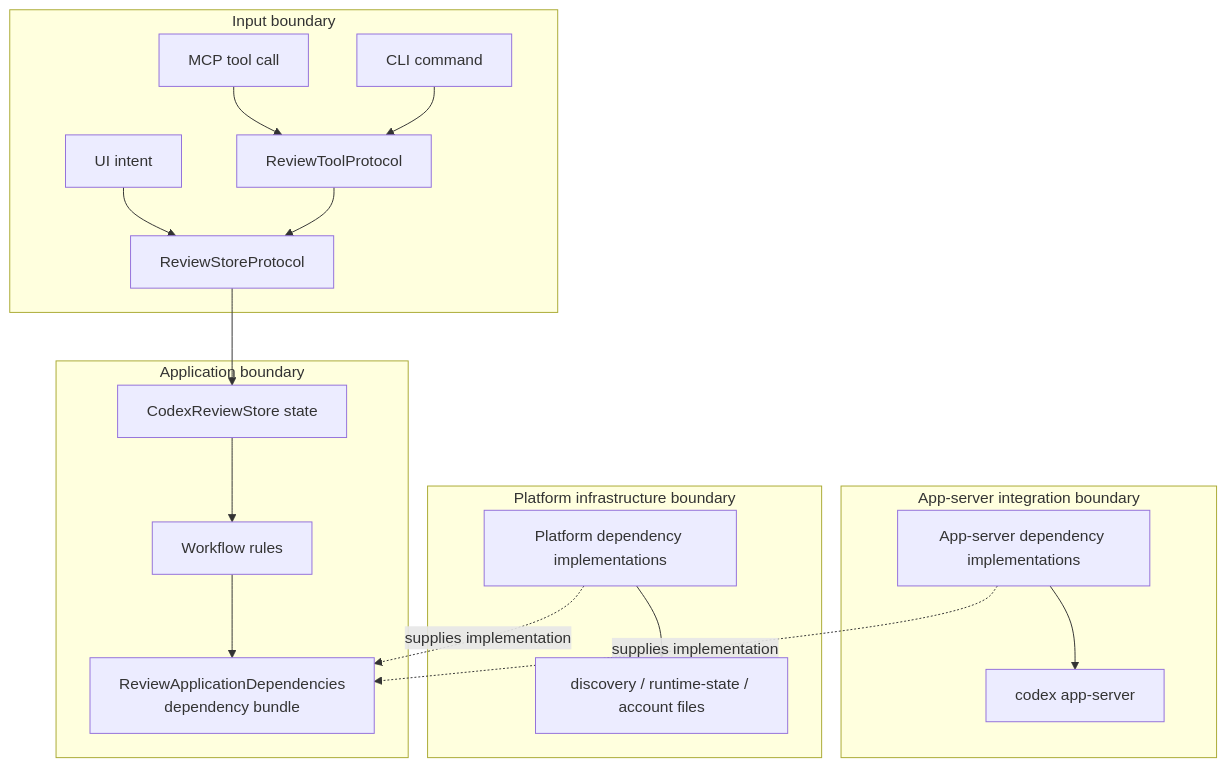
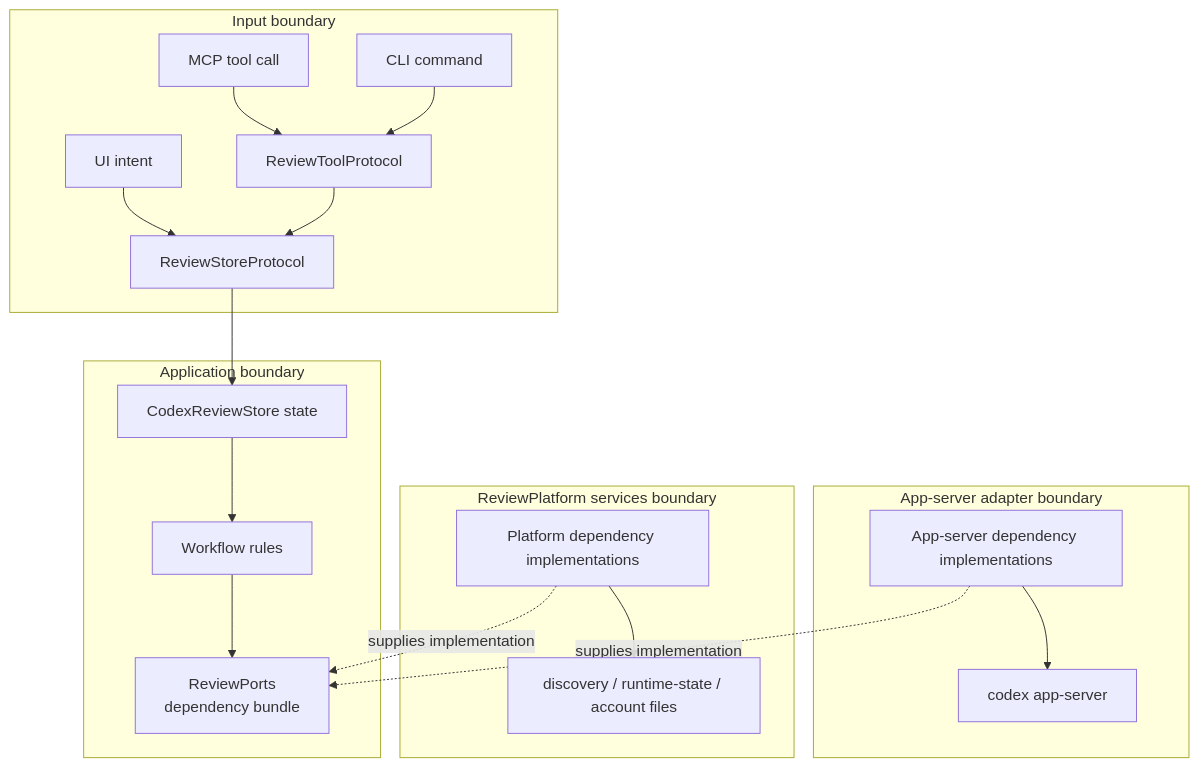
One commit to lynnswap/CodexReviewMCP changed the eighth of 8 diagrams in Docs/architecture-overview.md. Above: the diagram before and after it, drawn with Mermaid. The commit also changed other lines of this file and 127 other files, not shown here.

Commit message:
refactor(targets): rename architecture targets

````diff
--- a/Docs/architecture-overview.md
+++ b/Docs/architecture-overview.md
@@ -375,38 +375,38 @@
 ```mermaid
 flowchart TB
     subgraph InputBoundary["Input boundary"]
         UIIntent["UI intent"]
         MCPIntent["MCP tool call"]
         CLIIntent["CLI command"]
         StoreBoundary["ReviewStoreProtocol"]
         ToolBoundary["ReviewToolProtocol"]
     end
 
     subgraph AppBoundary["Application boundary"]
         StoreState["CodexReviewStore state"]
         WorkflowRules["Workflow rules"]
-        DependencyBundle["ReviewApplicationDependencies<br/>dependency bundle"]
+        DependencyBundle["ReviewPorts<br/>dependency bundle"]
     end
 
-    subgraph AppServerBoundary["App-server integration boundary"]
+    subgraph AppServerBoundary["App-server adapter boundary"]
         AppServerAdapters["App-server dependency implementations"]
         SharedAppServer["codex app-server"]
     end
 
-    subgraph PlatformBoundary["Platform infrastructure boundary"]
+    subgraph PlatformBoundary["ReviewPlatform services boundary"]
         PlatformAdapters["Platform dependency implementations"]
         RuntimeFiles["discovery / runtime-state / account files"]
     end
 
     UIIntent --> StoreBoundary
     MCPIntent --> ToolBoundary
     CLIIntent --> ToolBoundary
     ToolBoundary --> StoreBoundary
     StoreBoundary --> StoreState
     StoreState --> WorkflowRules
     WorkflowRules --> DependencyBundle
     AppServerAdapters -.->|supplies implementation| DependencyBundle
     PlatformAdapters -.->|supplies implementation| DependencyBundle
     AppServerAdapters --> SharedAppServer
     PlatformAdapters --> RuntimeFiles
 ```
````
